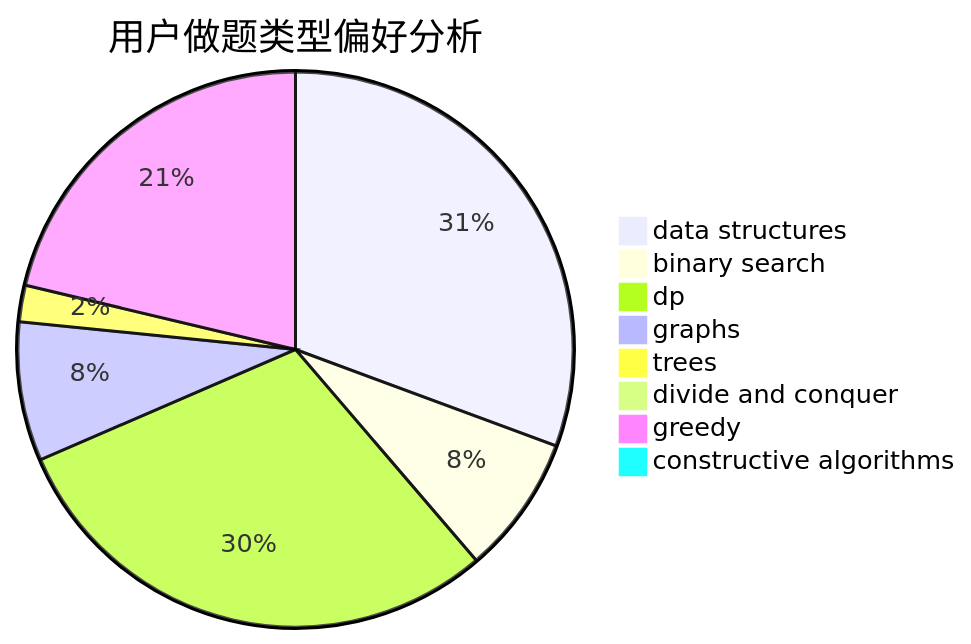
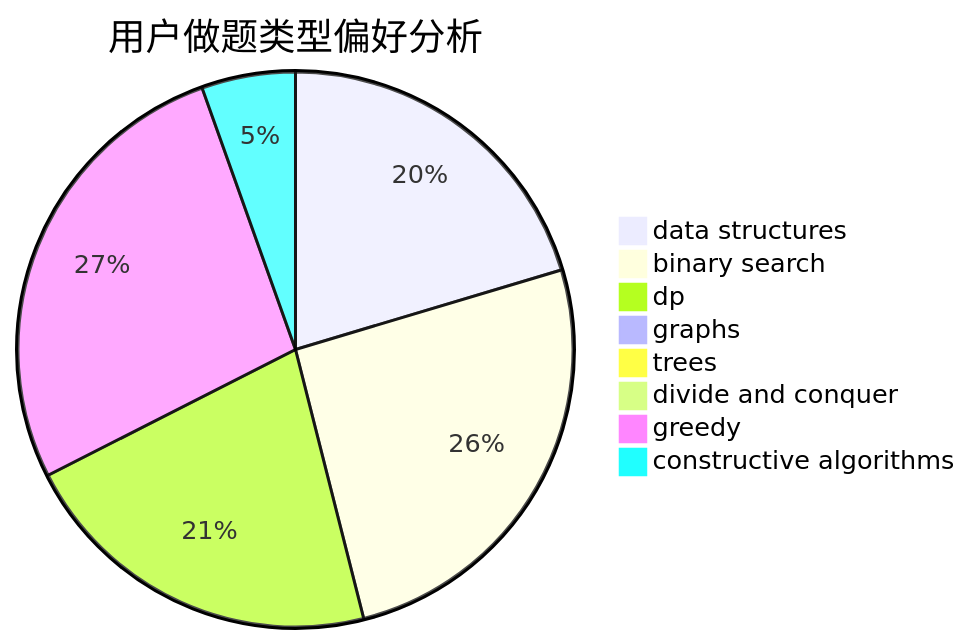
Before and after one commit to sherpahu/cfrs.github.io: the second of 3 diagrams in docs/user/u922.md, drawn with Mermaid. The commit also changed other lines of this file and 2770 other files, not shown here.

````diff
--- a/docs/user/u922.md
+++ b/docs/user/u922.md
@@ -23,11 +23,11 @@
 ```mermaid
 pie title 用户做题类型偏好分析
-    "data structures" :  72
-    "binary search" :  19
-    "dp" :  70
-    "graphs" :  19
-    "trees" :  5
+    "data structures" :  392
+    "binary search" :  494
+    "dp" :  413
+    "graphs" :  2
+    "trees" :  0
     "divide and conquer" :  0
-    "greedy" :  50
-    "constructive algorithms" :  0
+    "greedy" :  520
+    "constructive algorithms" :  105
 ```
````
